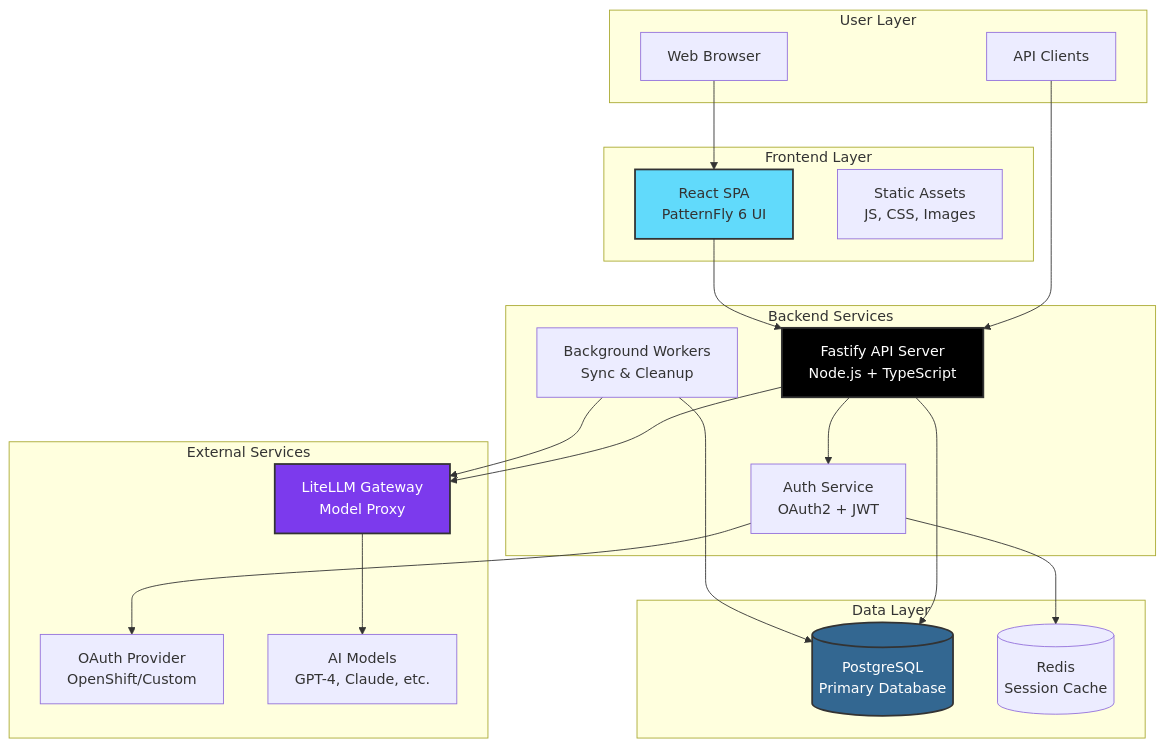
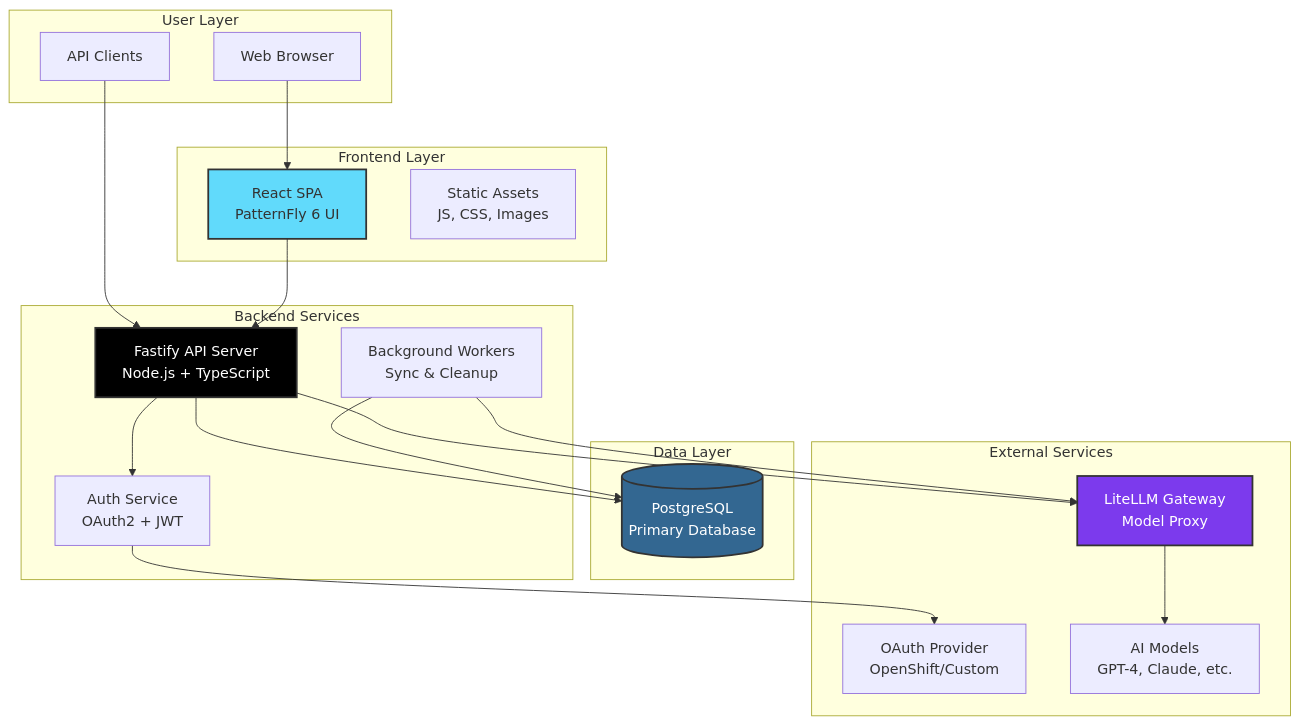
Before and after one commit to rh-aiservices-bu/litemaas: the first of 7 diagrams in docs/architecture/overview.md, drawn with Mermaid. The commit also changed other lines of this file and 89 other files, not shown here.

````diff
--- a/docs/architecture/overview.md
+++ b/docs/architecture/overview.md
@@ -9,46 +9,44 @@
 ```mermaid
 graph TB
     subgraph "User Layer"
         Browser[Web Browser]
         API[API Clients]
     end
-    
+
     subgraph "Frontend Layer"
         React[React SPA<br/>PatternFly 6 UI]
         Static[Static Assets<br/>JS, CSS, Images]
     end
-    
+
     subgraph "Backend Services"
         Fastify[Fastify API Server<br/>Node.js + TypeScript]
         Auth[Auth Service<br/>OAuth2 + JWT]
         Workers[Background Workers<br/>Sync & Cleanup]
     end
-    
+
     subgraph "Data Layer"
         PG[(PostgreSQL<br/>Primary Database)]
-        Redis[(Redis<br/>Session Cache)]
     end
-    
+
     subgraph "External Services"
         LiteLLM[LiteLLM Gateway<br/>Model Proxy]
         OAuth[OAuth Provider<br/>OpenShift/Custom]
         Models[AI Models<br/>GPT-4, Claude, etc.]
     end
-    
+
     Browser --> React
     API --> Fastify
     React --> Fastify
     Fastify --> Auth
     Fastify --> PG
-    Auth --> Redis
     Auth --> OAuth
     Fastify --> LiteLLM
     LiteLLM --> Models
     Workers --> PG
     Workers --> LiteLLM
-    
+
     style React fill:#61dafb,stroke:#333,stroke-width:2px
     style Fastify fill:#000000,stroke:#333,stroke-width:2px,color:#fff
     style PG fill:#336791,stroke:#333,stroke-width:2px,color:#fff
     style LiteLLM fill:#7c3aed,stroke:#333,stroke-width:2px,color:#fff
 ```
````
